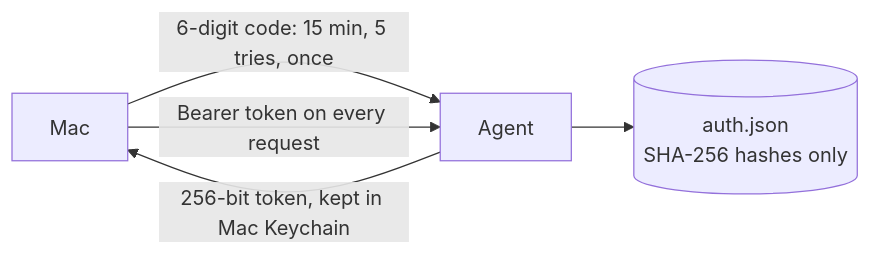
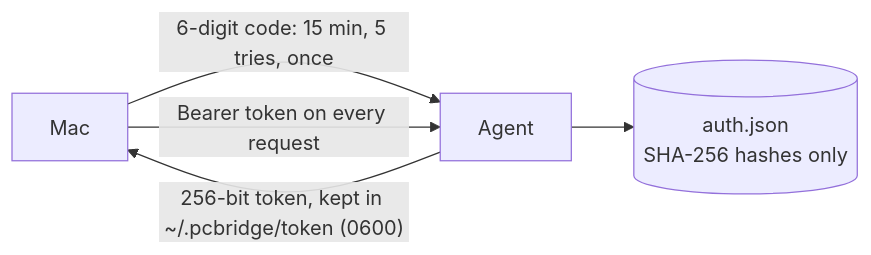
Before and after one commit to walidriachy/pc-gpu-bridge: the fifth of 5 diagrams in docs/ARCHITECTURE.md, drawn with Mermaid. The commit also changed 13 other files, not shown here.

````diff
--- a/docs/ARCHITECTURE.md
+++ b/docs/ARCHITECTURE.md
@@ -204,7 +204,7 @@
 ```mermaid
 flowchart LR
   M["Mac"] -- "6-digit code: 15 min, 5 tries, once" --> A["Agent"]
-  A -- "256-bit token, kept in Mac Keychain" --> M
+  A -- "256-bit token, kept in ~/.pcbridge/token (0600)" --> M
   M -- "Bearer token on every request" --> A
   A --> H[("auth.json<br/>SHA-256 hashes only")]
 ```
````
